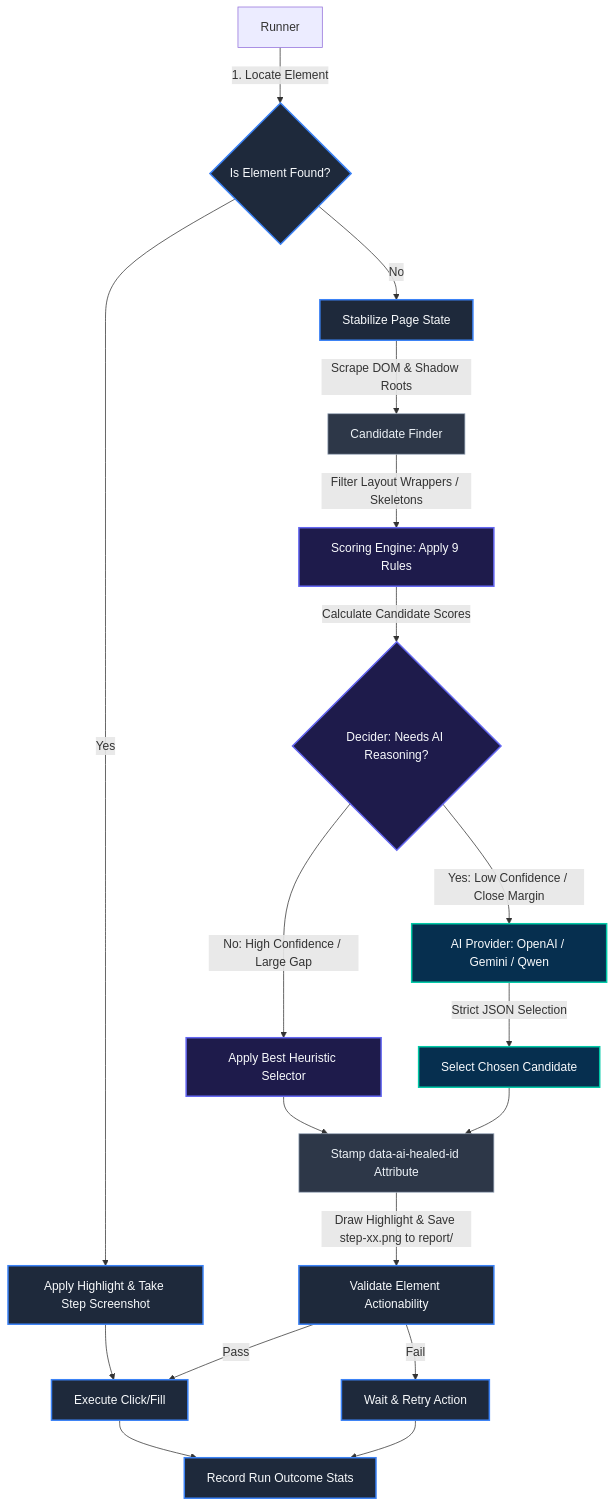
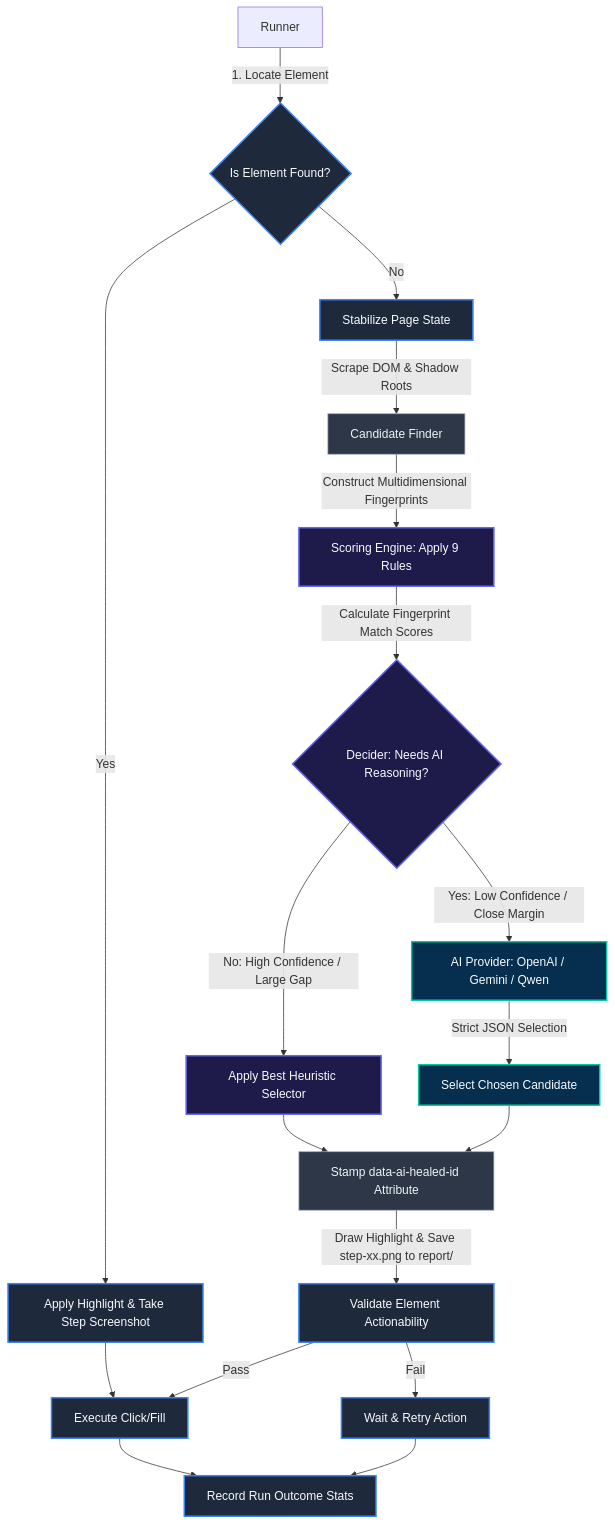
One commit to shambhoo-narwaria/reLOCATE.AI-Intelligent-Element-Recovery-Engine changed the first of 5 diagrams in docs/project-architecture.md. Above: the diagram before and after it, drawn with Mermaid. The commit also changed other lines of this file and 2 other files, not shown here.

````diff
--- a/docs/project-architecture.md
+++ b/docs/project-architecture.md
@@ -11,26 +11,26 @@
 ```mermaid
 graph TD
     %% Styling
     classDef runner fill:#1e293b,stroke:#3b82f6,stroke-width:2px,color:#f8fafc;
     classDef engine fill:#1e1b4b,stroke:#6366f1,stroke-width:2px,color:#f8fafc;
     classDef ai fill:#062f4f,stroke:#00c9a7,stroke-width:2px,color:#f8fafc;
     classDef browser fill:#2d3748,stroke:#a0aec0,stroke-width:1px,color:#edf2f7;
 
     A[Runner] -->|1. Locate Element| B{Is Element Found?}:::runner
     B -->|Yes| C[Apply Highlight & Take Step Screenshot]:::runner
     B -->|No| D[Stabilize Page State]:::runner
     D -->|Scrape DOM & Shadow Roots| E[Candidate Finder]:::browser
-    E -->|Filter Layout Wrappers / Skeletons| F[Scoring Engine: Apply 9 Rules]:::engine
-    F -->|Calculate Candidate Scores| G{Decider: Needs AI Reasoning?}:::engine
+    E -->|Construct Multidimensional Fingerprints| F[Scoring Engine: Apply 9 Rules]:::engine
+    F -->|Calculate Fingerprint Match Scores| G{Decider: Needs AI Reasoning?}:::engine
     G -->|No: High Confidence / Large Gap| H[Apply Best Heuristic Selector]:::engine
     G -->|Yes: Low Confidence / Close Margin| I[AI Provider: OpenAI / Gemini / Qwen]:::ai
     I -->|Strict JSON Selection| J[Select Chosen Candidate]:::ai
     H --> K[Stamp data-ai-healed-id Attribute]:::browser
     J --> K
     K -->|Draw Highlight & Save step-xx.png to report/| L[Validate Element Actionability]:::runner
     C --> M[Execute Click/Fill]:::runner
     L -->|Pass| M
     L -->|Fail| N[Wait & Retry Action]:::runner
     M --> O[Record Run Outcome Stats]:::runner
     N --> O
 ```
````
